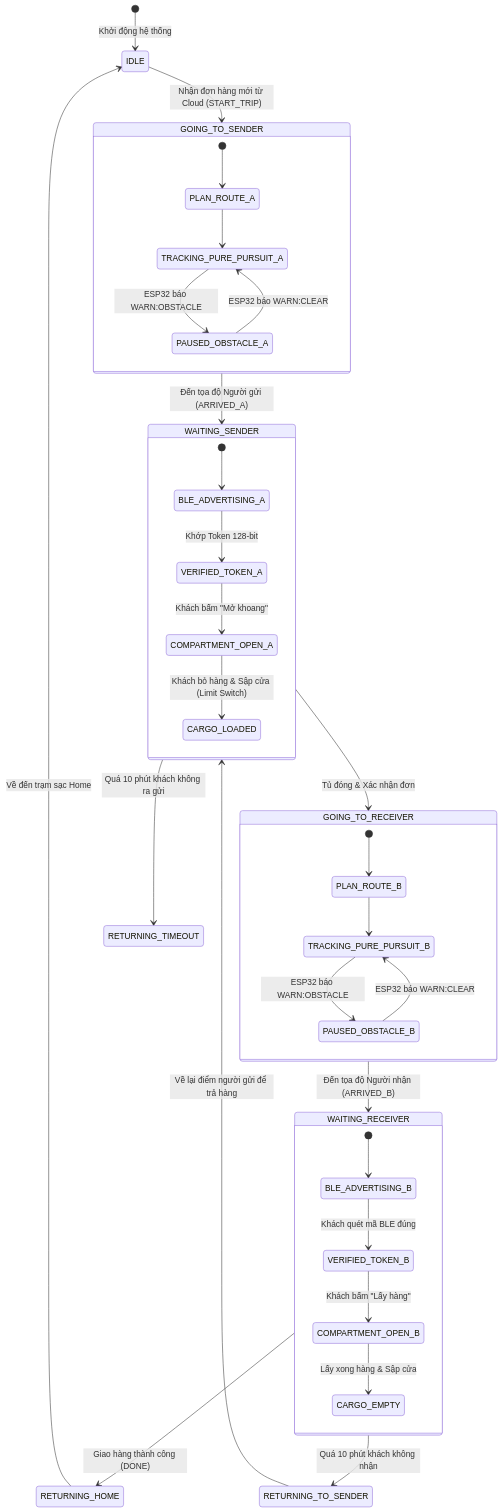
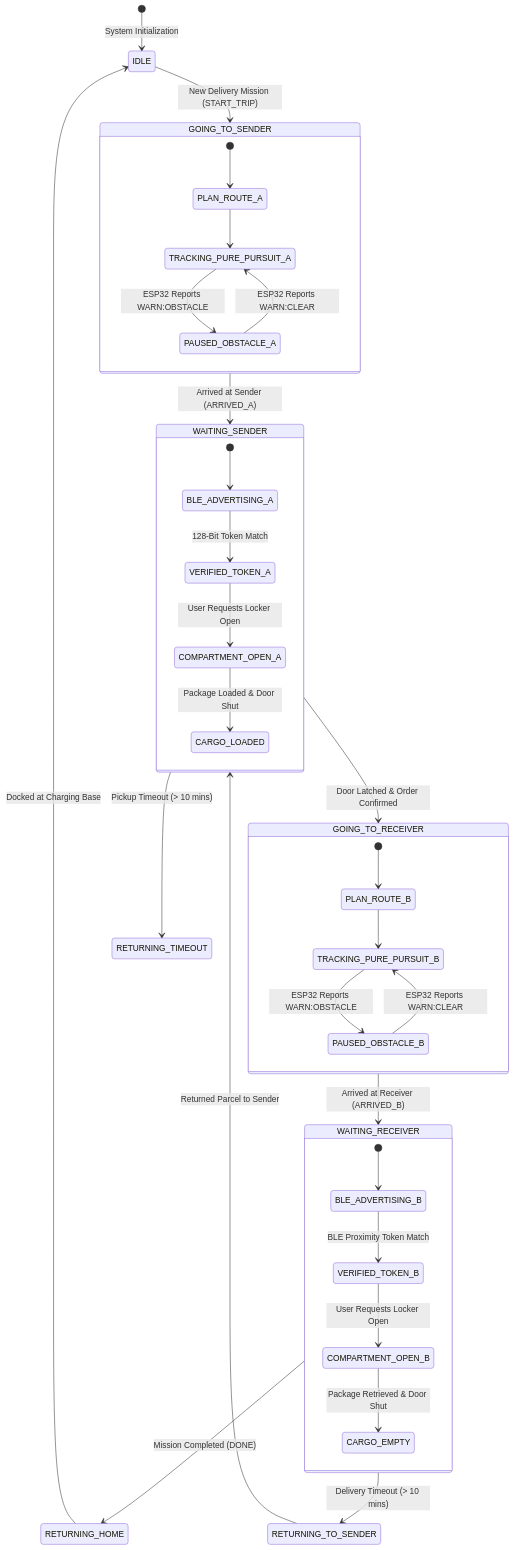
The first of 3 diagrams in README.md (thanhwin1101/Autonomous-Delivery-Robot), drawn with Mermaid before and after one commit. The commit also changed other lines of this file, not shown here.

Commit message:
docs(readme): rewrite technical specification in English with hardware diagram and design decisions

````diff
--- a/README.md
+++ b/README.md
@@ -196,47 +196,47 @@
 ```mermaid
 stateDiagram-v2
-    [*] --> IDLE : Khởi động hệ thống
+    [*] --> IDLE : System Initialization
     
-    IDLE --> GOING_TO_SENDER : Nhận đơn hàng mới từ Cloud (START_TRIP)
+    IDLE --> GOING_TO_SENDER : New Delivery Mission (START_TRIP)
     
     state GOING_TO_SENDER {
         [*] --> PLAN_ROUTE_A
         PLAN_ROUTE_A --> TRACKING_PURE_PURSUIT_A
-        TRACKING_PURE_PURSUIT_A --> PAUSED_OBSTACLE_A : ESP32 báo WARN:OBSTACLE
-        PAUSED_OBSTACLE_A --> TRACKING_PURE_PURSUIT_A : ESP32 báo WARN:CLEAR
+        TRACKING_PURE_PURSUIT_A --> PAUSED_OBSTACLE_A : ESP32 Reports WARN:OBSTACLE
+        PAUSED_OBSTACLE_A --> TRACKING_PURE_PURSUIT_A : ESP32 Reports WARN:CLEAR
     }
     
-    GOING_TO_SENDER --> WAITING_SENDER : Đến tọa độ Người gửi (ARRIVED_A)
+    GOING_TO_SENDER --> WAITING_SENDER : Arrived at Sender (ARRIVED_A)
     
     state WAITING_SENDER {
         [*] --> BLE_ADVERTISING_A
-        BLE_ADVERTISING_A --> VERIFIED_TOKEN_A : Khớp Token 128-bit
-        VERIFIED_TOKEN_A --> COMPARTMENT_OPEN_A : Khách bấm "Mở khoang"
-        COMPARTMENT_OPEN_A --> CARGO_LOADED : Khách bỏ hàng & Sập cửa (Limit Switch)
+        BLE_ADVERTISING_A --> VERIFIED_TOKEN_A : 128-Bit Token Match
+        VERIFIED_TOKEN_A --> COMPARTMENT_OPEN_A : User Requests Locker Open
+        COMPARTMENT_OPEN_A --> CARGO_LOADED : Package Loaded & Door Shut
     }
     
-    WAITING_SENDER --> GOING_TO_RECEIVER : Tủ đóng & Xác nhận đơn
-    WAITING_SENDER --> RETURNING_TIMEOUT : Quá 10 phút khách không ra gửi
+    WAITING_SENDER --> GOING_TO_RECEIVER : Door Latched & Order Confirmed
+    WAITING_SENDER --> RETURNING_TIMEOUT : Pickup Timeout (> 10 mins)
     
     state GOING_TO_RECEIVER {
         [*] --> PLAN_ROUTE_B
         PLAN_ROUTE_B --> TRACKING_PURE_PURSUIT_B
-        TRACKING_PURE_PURSUIT_B --> PAUSED_OBSTACLE_B : ESP32 báo WARN:OBSTACLE
-        PAUSED_OBSTACLE_B --> TRACKING_PURE_PURSUIT_B : ESP32 báo WARN:CLEAR
+        TRACKING_PURE_PURSUIT_B --> PAUSED_OBSTACLE_B : ESP32 Reports WARN:OBSTACLE
+        PAUSED_OBSTACLE_B --> TRACKING_PURE_PURSUIT_B : ESP32 Reports WARN:CLEAR
     }
     
-    GOING_TO_RECEIVER --> WAITING_RECEIVER : Đến tọa độ Người nhận (ARRIVED_B)
+    GOING_TO_RECEIVER --> WAITING_RECEIVER : Arrived at Receiver (ARRIVED_B)
     
     state WAITING_RECEIVER {
         [*] --> BLE_ADVERTISING_B
-        BLE_ADVERTISING_B --> VERIFIED_TOKEN_B : Khách quét mã BLE đúng
-        VERIFIED_TOKEN_B --> COMPARTMENT_OPEN_B : Khách bấm "Lấy hàng"
-        COMPARTMENT_OPEN_B --> CARGO_EMPTY : Lấy xong hàng & Sập cửa
+        BLE_ADVERTISING_B --> VERIFIED_TOKEN_B : BLE Proximity Token Match
+        VERIFIED_TOKEN_B --> COMPARTMENT_OPEN_B : User Requests Locker Open
+        COMPARTMENT_OPEN_B --> CARGO_EMPTY : Package Retrieved & Door Shut
     }
     
-    WAITING_RECEIVER --> RETURNING_HOME : Giao hàng thành công (DONE)
-    WAITING_RECEIVER --> RETURNING_TO_SENDER : Quá 10 phút khách không nhận
+    WAITING_RECEIVER --> RETURNING_HOME : Mission Completed (DONE)
+    WAITING_RECEIVER --> RETURNING_TO_SENDER : Delivery Timeout (> 10 mins)
     
-    RETURNING_HOME --> IDLE : Về đến trạm sạc Home
-    RETURNING_TO_SENDER --> WAITING_SENDER : Về lại điểm người gửi để trả hàng
+    RETURNING_HOME --> IDLE : Docked at Charging Base
+    RETURNING_TO_SENDER --> WAITING_SENDER : Returned Parcel to Sender
 ```
````
